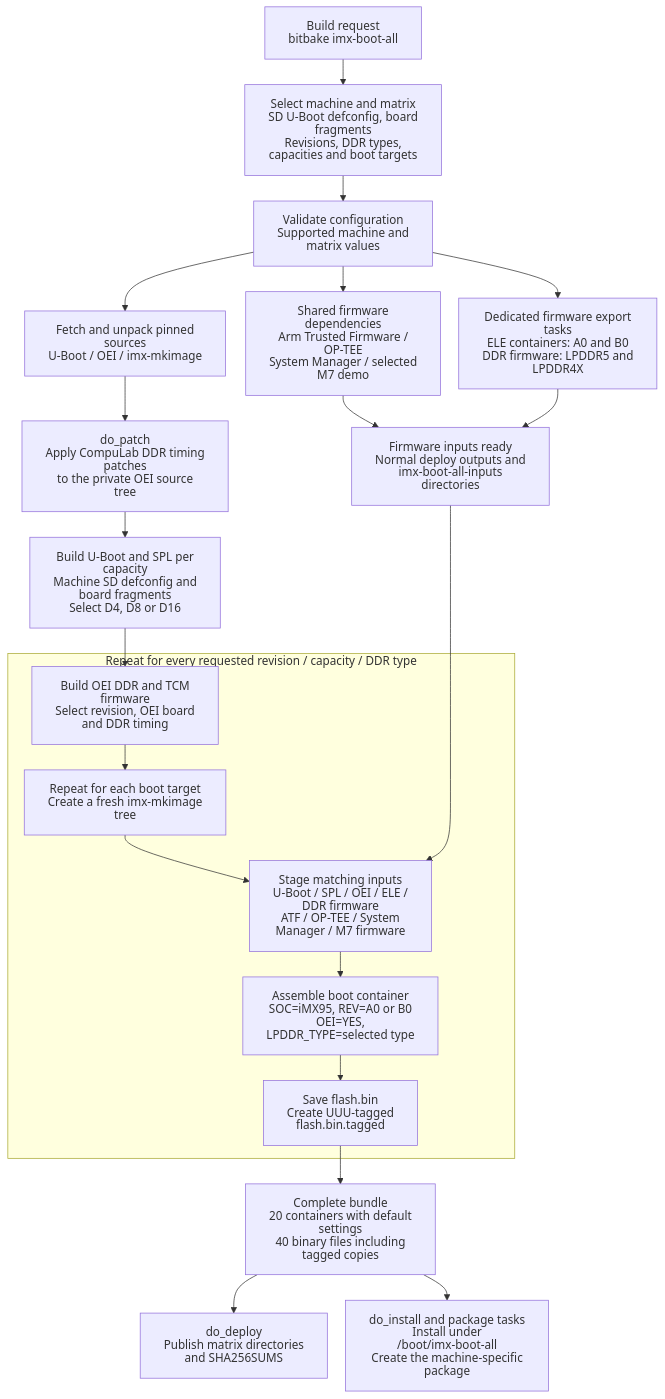
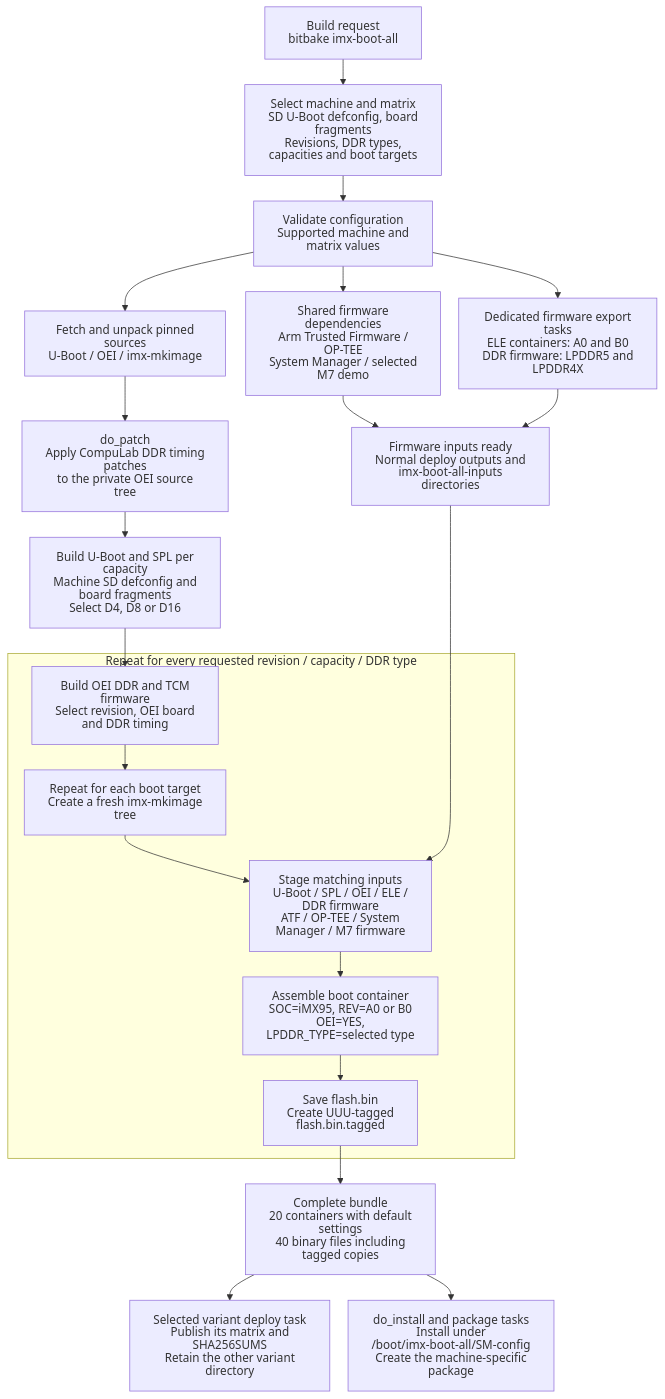
One commit to compulab-yokneam/meta-bsp-imx95 changed the diagram in Documentation/imx-boot-all-build-flow.md. Above: the diagram before and after it, drawn with Mermaid. The commit also changed other lines of this file and 4 other files, not shown here.

First line of the commit message:
imx-boot: Preserve deployed System Manager variants

````diff
--- a/Documentation/imx-boot-all-build-flow.md
+++ b/Documentation/imx-boot-all-build-flow.md
@@ -18,42 +18,42 @@
 ```mermaid
 ---
 config:
   htmlLabels: false
   flowchart:
      wrappingWidth: 220
      padding: 16
      nodeSpacing: 25
      rankSpacing: 35
 ---
 flowchart TD
     A["Build request<br/>bitbake imx-boot-all"]
     B["Select machine and matrix<br/>SD U-Boot defconfig, board fragments<br/>Revisions, DDR types, capacities and boot targets"]
     A --> B
 
     B --> C["Validate configuration<br/>Supported machine and matrix values"]
     C --> D["Fetch and unpack pinned sources<br/>U-Boot / OEI / imx-mkimage"]
     D --> E["do_patch<br/>Apply CompuLab DDR timing patches<br/>to the private OEI source tree"]
 
     C --> F["Shared firmware dependencies<br/>Arm Trusted Firmware / OP-TEE<br/>System Manager / selected M7 demo"]
     C --> G["Dedicated firmware export tasks<br/>ELE containers: A0 and B0<br/>DDR firmware: LPDDR5 and LPDDR4X"]
     F --> H["Firmware inputs ready<br/>Normal deploy outputs and<br/>imx-boot-all-inputs directories"]
     G --> H
 
     E --> I["Build U-Boot and SPL per capacity<br/>Machine SD defconfig and board fragments<br/>Select D4, D8 or D16"]
 
     subgraph MATRIX["Repeat for every requested revision / capacity / DDR type"]
         J["Build OEI DDR and TCM firmware<br/>Select revision, OEI board and DDR timing"]
         K["Repeat for each boot target<br/>Create a fresh imx-mkimage tree"]
         L["Stage matching inputs<br/>U-Boot / SPL / OEI / ELE / DDR firmware<br/>ATF / OP-TEE / System Manager / M7 firmware"]
         M["Assemble boot container<br/>SOC=iMX95, REV=A0 or B0<br/>OEI=YES, LPDDR_TYPE=selected type"]
         N["Save flash.bin<br/>Create UUU-tagged flash.bin.tagged"]
         J --> K --> L --> M --> N
     end
 
     I --> J
     H --> L
     N --> O["Complete bundle<br/>20 containers with default settings<br/>40 binary files including tagged copies"]
 
-    O --> P["do_deploy<br/>Publish matrix directories<br/>and SHA256SUMS"]
-    O --> Q["do_install and package tasks<br/>Install under /boot/imx-boot-all<br/>Create the machine-specific package"]
+    O --> P["Selected variant deploy task<br/>Publish its matrix and SHA256SUMS<br/>Retain the other variant directory"]
+    O --> Q["do_install and package tasks<br/>Install under /boot/imx-boot-all/SM-config<br/>Create the machine-specific package"]
 ```
````
